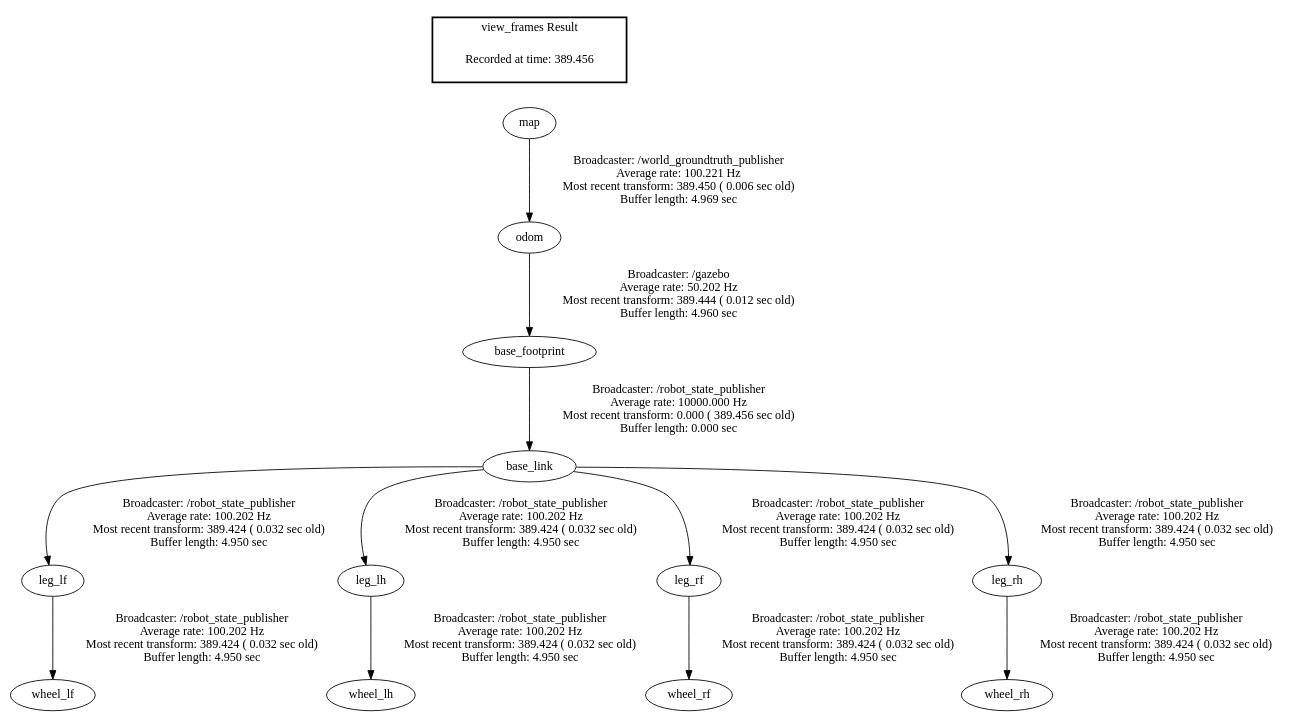
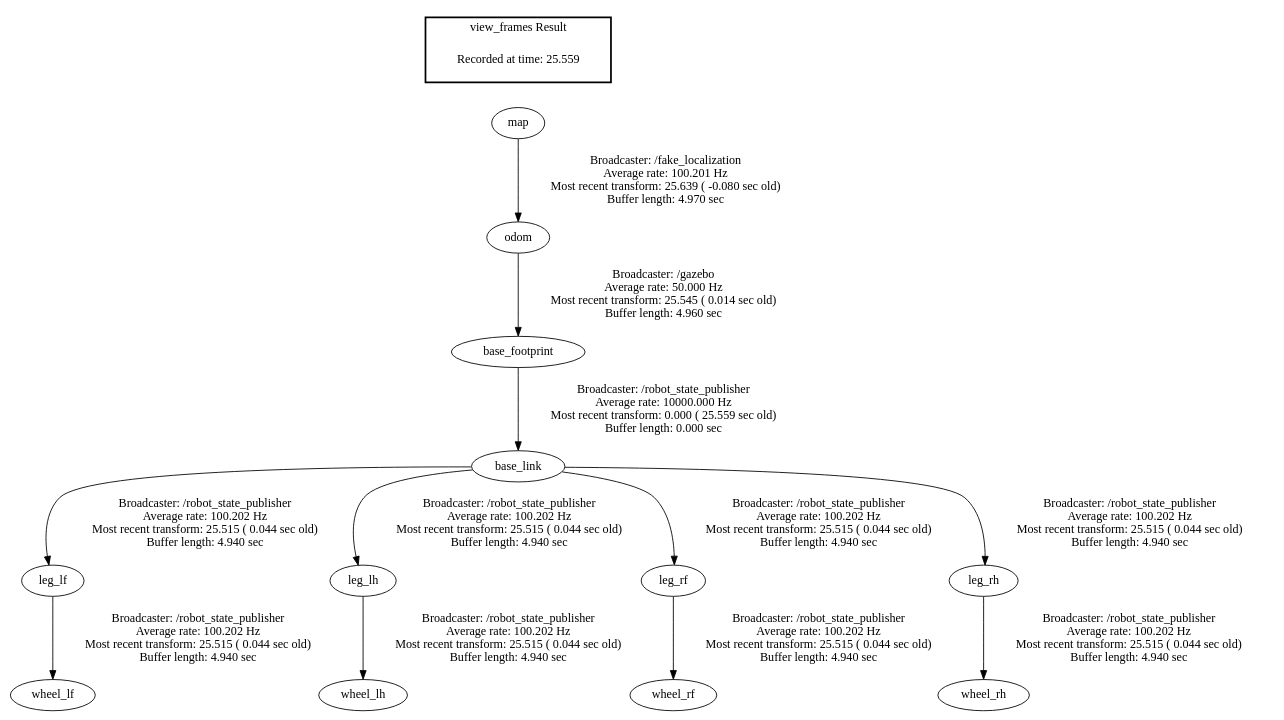
Before and after one commit to boisestate-vip/bender-ros: the diagram in rosinfo/frames.gv, drawn with Graphviz. The commit also changed 8 other files, not shown here.

Commit message:
replace groundtruth publisher w/ fake_localization

```diff
--- a/rosinfo/frames.gv
+++ b/rosinfo/frames.gv
@@ -1,17 +1,17 @@
 digraph G {
-"base_link" -> "leg_lf"[label="Broadcaster: /robot_state_publisher\nAverage rate: 100.202 Hz\nMost recent transform: 389.424 ( 0.032 sec old)\nBuffer length: 4.950 sec\n"];
-"base_footprint" -> "base_link"[label="Broadcaster: /robot_state_publisher\nAverage rate: 10000.000 Hz\nMost recent transform: 0.000 ( 389.456 sec old)\nBuffer length: 0.000 sec\n"];
-"base_link" -> "leg_lh"[label="Broadcaster: /robot_state_publisher\nAverage rate: 100.202 Hz\nMost recent transform: 389.424 ( 0.032 sec old)\nBuffer length: 4.950 sec\n"];
-"base_link" -> "leg_rf"[label="Broadcaster: /robot_state_publisher\nAverage rate: 100.202 Hz\nMost recent transform: 389.424 ( 0.032 sec old)\nBuffer length: 4.950 sec\n"];
-"base_link" -> "leg_rh"[label="Broadcaster: /robot_state_publisher\nAverage rate: 100.202 Hz\nMost recent transform: 389.424 ( 0.032 sec old)\nBuffer length: 4.950 sec\n"];
-"leg_lf" -> "wheel_lf"[label="Broadcaster: /robot_state_publisher\nAverage rate: 100.202 Hz\nMost recent transform: 389.424 ( 0.032 sec old)\nBuffer length: 4.950 sec\n"];
-"leg_lh" -> "wheel_lh"[label="Broadcaster: /robot_state_publisher\nAverage rate: 100.202 Hz\nMost recent transform: 389.424 ( 0.032 sec old)\nBuffer length: 4.950 sec\n"];
-"leg_rf" -> "wheel_rf"[label="Broadcaster: /robot_state_publisher\nAverage rate: 100.202 Hz\nMost recent transform: 389.424 ( 0.032 sec old)\nBuffer length: 4.950 sec\n"];
-"leg_rh" -> "wheel_rh"[label="Broadcaster: /robot_state_publisher\nAverage rate: 100.202 Hz\nMost recent transform: 389.424 ( 0.032 sec old)\nBuffer length: 4.950 sec\n"];
-"odom" -> "base_footprint"[label="Broadcaster: /gazebo\nAverage rate: 50.202 Hz\nMost recent transform: 389.444 ( 0.012 sec old)\nBuffer length: 4.960 sec\n"];
-"map" -> "odom"[label="Broadcaster: /world_groundtruth_publisher\nAverage rate: 100.221 Hz\nMost recent transform: 389.450 ( 0.006 sec old)\nBuffer length: 4.969 sec\n"];
+"base_footprint" -> "base_link"[label="Broadcaster: /robot_state_publisher\nAverage rate: 10000.000 Hz\nMost recent transform: 0.000 ( 25.559 sec old)\nBuffer length: 0.000 sec\n"];
+"odom" -> "base_footprint"[label="Broadcaster: /gazebo\nAverage rate: 50.000 Hz\nMost recent transform: 25.545 ( 0.014 sec old)\nBuffer length: 4.960 sec\n"];
+"base_link" -> "leg_lf"[label="Broadcaster: /robot_state_publisher\nAverage rate: 100.202 Hz\nMost recent transform: 25.515 ( 0.044 sec old)\nBuffer length: 4.940 sec\n"];
+"base_link" -> "leg_lh"[label="Broadcaster: /robot_state_publisher\nAverage rate: 100.202 Hz\nMost recent transform: 25.515 ( 0.044 sec old)\nBuffer length: 4.940 sec\n"];
+"base_link" -> "leg_rf"[label="Broadcaster: /robot_state_publisher\nAverage rate: 100.202 Hz\nMost recent transform: 25.515 ( 0.044 sec old)\nBuffer length: 4.940 sec\n"];
+"base_link" -> "leg_rh"[label="Broadcaster: /robot_state_publisher\nAverage rate: 100.202 Hz\nMost recent transform: 25.515 ( 0.044 sec old)\nBuffer length: 4.940 sec\n"];
+"leg_lf" -> "wheel_lf"[label="Broadcaster: /robot_state_publisher\nAverage rate: 100.202 Hz\nMost recent transform: 25.515 ( 0.044 sec old)\nBuffer length: 4.940 sec\n"];
+"leg_lh" -> "wheel_lh"[label="Broadcaster: /robot_state_publisher\nAverage rate: 100.202 Hz\nMost recent transform: 25.515 ( 0.044 sec old)\nBuffer length: 4.940 sec\n"];
+"leg_rf" -> "wheel_rf"[label="Broadcaster: /robot_state_publisher\nAverage rate: 100.202 Hz\nMost recent transform: 25.515 ( 0.044 sec old)\nBuffer length: 4.940 sec\n"];
+"leg_rh" -> "wheel_rh"[label="Broadcaster: /robot_state_publisher\nAverage rate: 100.202 Hz\nMost recent transform: 25.515 ( 0.044 sec old)\nBuffer length: 4.940 sec\n"];
+"map" -> "odom"[label="Broadcaster: /fake_localization\nAverage rate: 100.201 Hz\nMost recent transform: 25.639 ( -0.080 sec old)\nBuffer length: 4.970 sec\n"];
 edge [style=invis];
  subgraph cluster_legend { style=bold; color=black; label ="view_frames Result";
-"Recorded at time: 389.456"[ shape=plaintext ] ;
+"Recorded at time: 25.559"[ shape=plaintext ] ;
  }->"map";
 }
```
